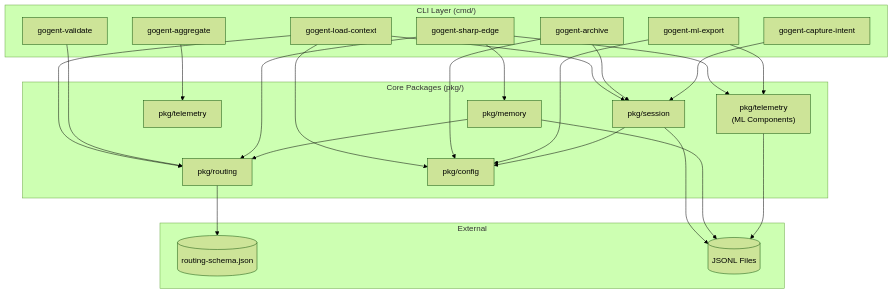
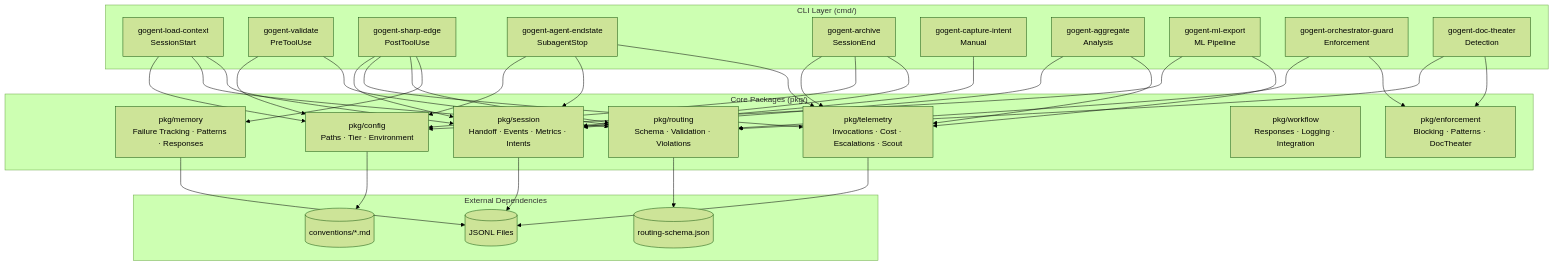
Before and after one commit to Bucket-Chemist/goYoke: the second of 6 diagrams in docs/systems-architecture-overview.md, drawn with Mermaid (forest theme). The commit also changed other lines of this file and 71 other files, not shown here.

````diff
--- a/docs/systems-architecture-overview.md
+++ b/docs/systems-architecture-overview.md
@@ -150,47 +275,73 @@
 ```mermaid
 graph TD
     subgraph "CLI Layer (cmd/)"
-        loadcontext[gogent-load-context]
-        validate[gogent-validate]
-        archive[gogent-archive]
-        sharpedge[gogent-sharp-edge]
-        intent[gogent-capture-intent]
-        aggregate[gogent-aggregate]
-        mlexport[gogent-ml-export]
+        loadcontext[gogent-load-context<br/>SessionStart]
+        validate[gogent-validate<br/>PreToolUse]
+        sharpedge[gogent-sharp-edge<br/>PostToolUse]
+        endstate[gogent-agent-endstate<br/>SubagentStop]
+        archive[gogent-archive<br/>SessionEnd]
+        intent[gogent-capture-intent<br/>Manual]
+        aggregate[gogent-aggregate<br/>Analysis]
+        mlexport[gogent-ml-export<br/>ML Pipeline]
+        orchguard[gogent-orchestrator-guard<br/>Enforcement]
+        doctheater[gogent-doc-theater<br/>Detection]
     end
 
     subgraph "Core Packages (pkg/)"
-        routing[pkg/routing]
-        session[pkg/session]
-        memory[pkg/memory]
-        telemetry[pkg/telemetry]
-        config[pkg/config]
-        mltelemetry["pkg/telemetry<br/>(ML Components)"]
+        routing[pkg/routing<br/>Schema · Validation · Violations]
+        session[pkg/session<br/>Handoff · Events · Metrics · Intents]
+        memory[pkg/memory<br/>Failure Tracking · Patterns · Responses]
+        telemetry[pkg/telemetry<br/>Invocations · Cost · Escalations · Scout]
+        config[pkg/config<br/>Paths · Tier · Environment]
+        workflow[pkg/workflow<br/>Responses · Logging · Integration]
+        enforcement[pkg/enforcement<br/>Blocking · Patterns · DocTheater]
     end
 
-    subgraph "External"
+    subgraph "External Dependencies"
         schema[(routing-schema.json)]
         jsonl[(JSONL Files)]
+        conventions[(conventions/*.md)]
     end
 
+    %% CLI to Package mappings
     loadcontext --> session
     loadcontext --> routing
     loadcontext --> config
+
     validate --> routing
+    validate --> config
+
+    sharpedge --> memory
+    sharpedge --> routing
+    sharpedge --> telemetry
+    sharpedge --> session
+
+    endstate --> telemetry
+    endstate --> session
+    endstate --> config
+
     archive --> session
     archive --> config
-    sharpedge --> memory
-    sharpedge --> routing
-    sharpedge --> mltelemetry
+    archive --> telemetry
+
     intent --> session
+
     aggregate --> telemetry
-    mlexport --> mltelemetry
+    aggregate --> session
+
+    mlexport --> telemetry
     mlexport --> config
 
-    session --> config
-    memory --> routing
+    orchguard --> enforcement
+    orchguard --> routing
+
+    doctheater --> enforcement
+    doctheater --> routing
+
+    %% Package to Data mappings
     routing --> schema
     session --> jsonl
     memory --> jsonl
-    mltelemetry --> jsonl
+    telemetry --> jsonl
+    config --> conventions
 ```
````
